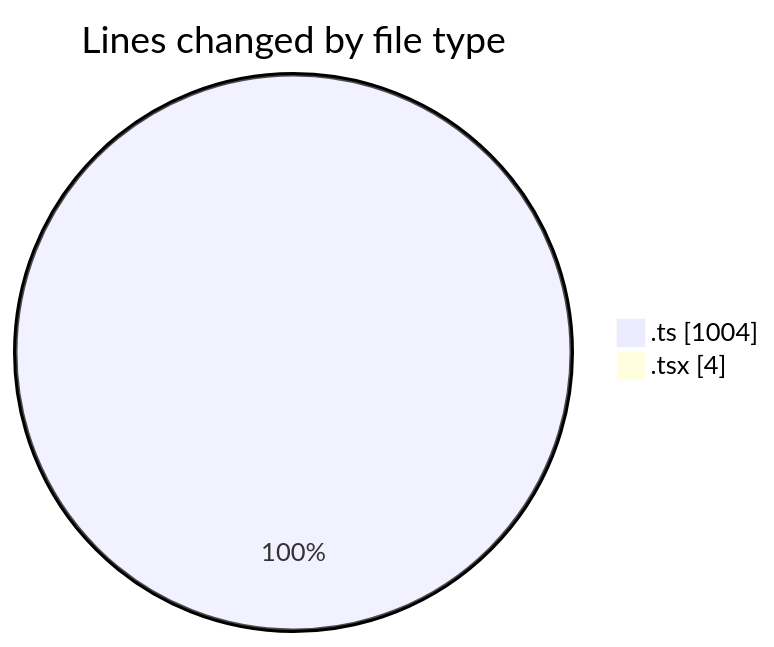
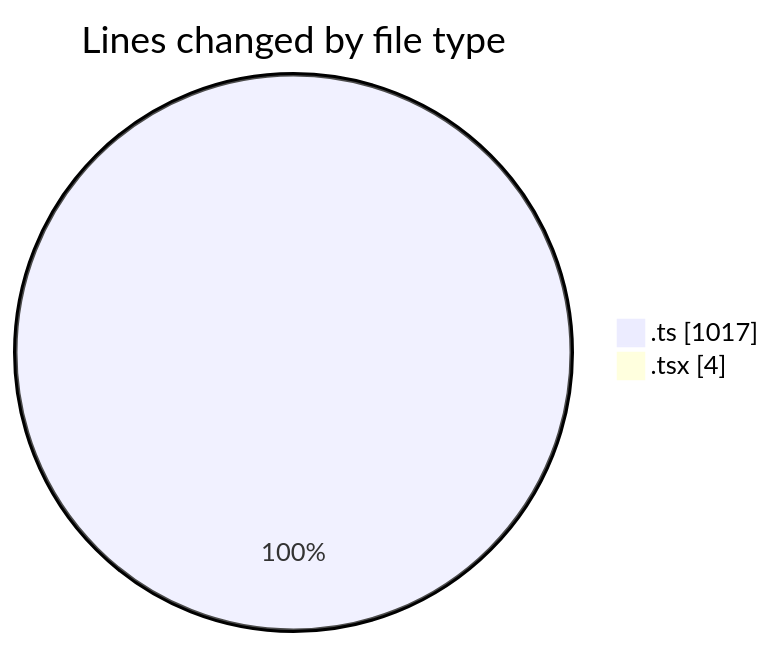
Before and after one commit to momahboobian/code-tracking: the first of 2 diagrams in 2025-09-11/cda/README.md, drawn with Mermaid. The commit also changed other lines of this file and 1 other file, not shown here.

````diff
--- a/2025-09-11/cda/README.md
+++ b/2025-09-11/cda/README.md
@@ -24,6 +24,6 @@
 ```mermaid
 pie showData
 title Lines changed by file type
-".ts" : 1004
+".ts" : 1017
 ".tsx" : 4
 ```
````
